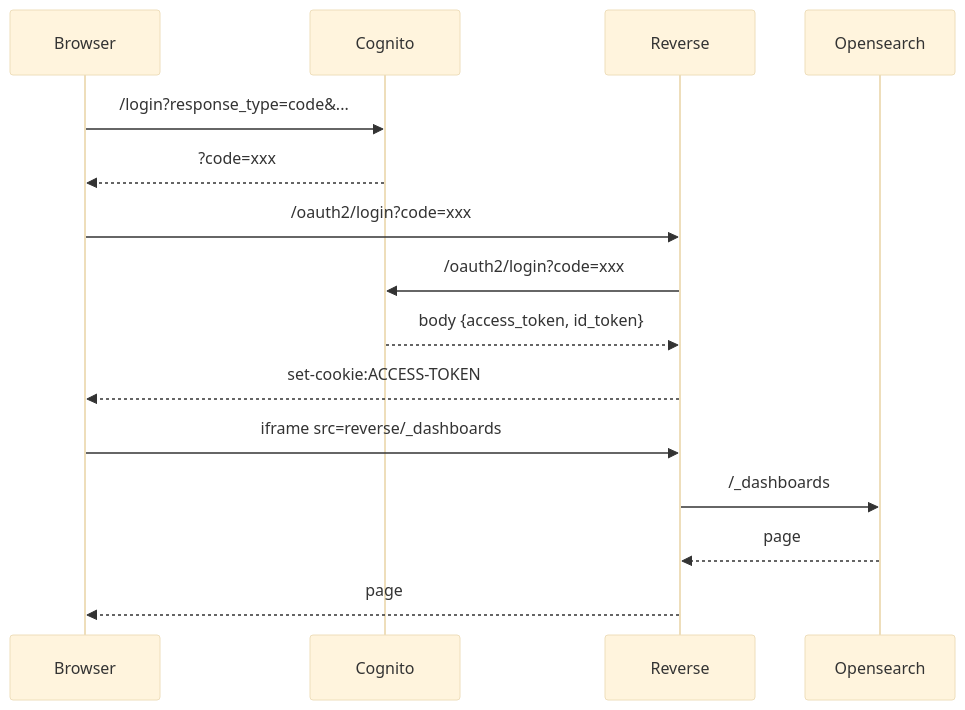
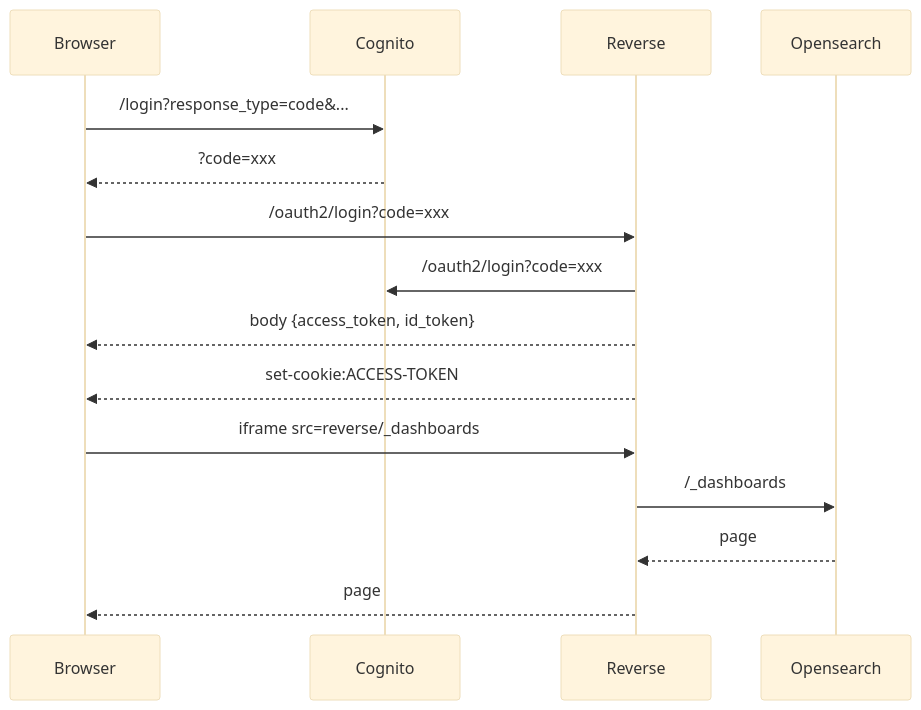
Before and after one commit to orlandobrea/opensearch-dashboard-login: the diagram in README.md, drawn with Mermaid (base theme).

````diff
--- a/README.md
+++ b/README.md
@@ -15,13 +15,13 @@
 ```mermaid
 sequenceDiagram
     Browser->>Cognito: /login?response_type=code&...
     Cognito-->>Browser: ?code=xxx
     Browser->>Reverse: /oauth2/login?code=xxx
     Reverse->>Cognito: /oauth2/login?code=xxx
-    Cognito-->>Reverse: body {access_token, id_token}
+    Reverse-->>Browser: body {access_token, id_token}
     Reverse-->>Browser: set-cookie:ACCESS-TOKEN
     Browser->>Reverse: iframe src=reverse/_dashboards
     Reverse->>Opensearch: /_dashboards
     Opensearch-->>Reverse: page
     Reverse-->>Browser: page
 ```
````
